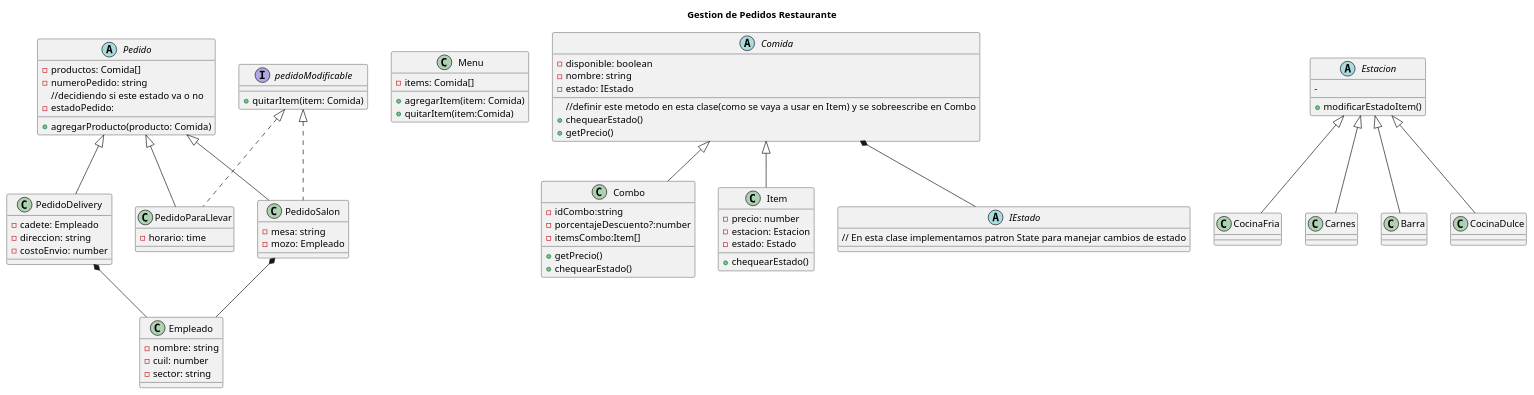
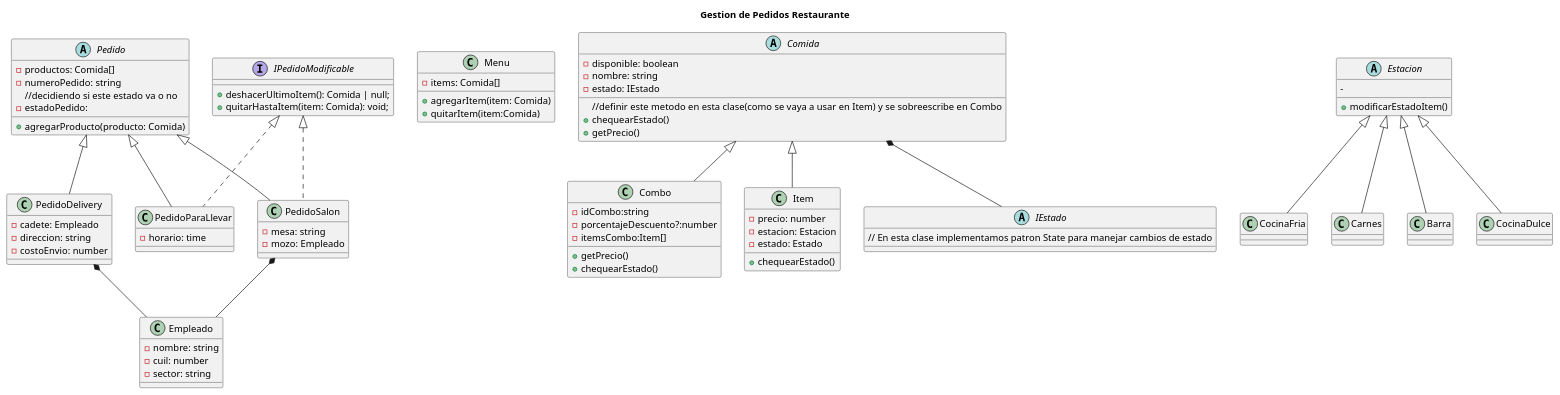
Before and after one commit to FedericoGonzalez1988/tp_prog2_grupo8: the diagram in diagrams/clases.puml, drawn with PlantUML.

Commit message:
modificaciones de la interfaz IPedidoModificable en el diagrama

```diff
--- a/diagrams/clases.puml
+++ b/diagrams/clases.puml
@@ -1,109 +1,111 @@
 @startuml Gestion de Pedidos Restaurante
 
 title Gestion de Pedidos Restaurante
 
 abstract class Pedido {
 
 
     -productos: Comida[]
     -numeroPedido: string
     //decidiendo si este estado va o no
     -estadoPedido: 
 
     +agregarProducto(producto: Comida)
 
 }
 
-class PedidoSalon extends Pedido implements pedidoModificable {
+class PedidoSalon extends Pedido implements IPedidoModificable {
     -mesa: string
     -mozo: Empleado
 }
 
 class PedidoDelivery extends Pedido {
     -cadete: Empleado
     -direccion: string
     -costoEnvio: number
 }
 
-class PedidoParaLlevar extends Pedido  implements pedidoModificable {
+class PedidoParaLlevar extends Pedido  implements IPedidoModificable {
 
     -horario: time
 
 }
 
 class Menu {
 
     -items: Comida[]
     +agregarItem(item: Comida)
     +quitarItem(item:Comida)
 
 }
 abstract class Comida {
     -disponible: boolean
     -nombre: string
     -estado: IEstado
     //definir este metodo en esta clase(como se vaya a usar en Item) y se sobreescribe en Combo
     +chequearEstado()
     +getPrecio()
 
 }
 class Combo extends Comida {
 
     -idCombo:string
     -porcentajeDescuento?:number
     -itemsCombo:Item[]
     +getPrecio()
     +chequearEstado()
 
     'definir si se pueden agregar y quitar items cuando ya se creó el combo
     '+agregarItem(item: Item)
     '+eliminarItem(item: Item)
     
 }
 
 class Item extends Comida{
     -precio: number
     -estacion: Estacion
     -estado: Estado
     +chequearEstado()
 }
 
 abstract class IEstado {
 
     // En esta clase implementamos patron State para manejar cambios de estado
 }
 
 abstract class Estacion {
     -
     +modificarEstadoItem()
 }
 class CocinaFria extends Estacion{
 
 }
 
 class Carnes extends Estacion{
 
 }
 class Barra extends Estacion{
 
 }
 class CocinaDulce extends Estacion{
 
 }
 
-interface pedidoModificable {
-    +quitarItem(item: Comida)
+interface IPedidoModificable {
+    + deshacerUltimoItem(): Comida | null;
+    + quitarHastaItem(item: Comida): void;
 }
+
 
 class Empleado {
     - nombre: string
     - cuil: number
     - sector: string
 }
 
 
 Comida *-- IEstado
 PedidoDelivery *-- Empleado
 PedidoSalon *-- Empleado
 
 @enduml
```
